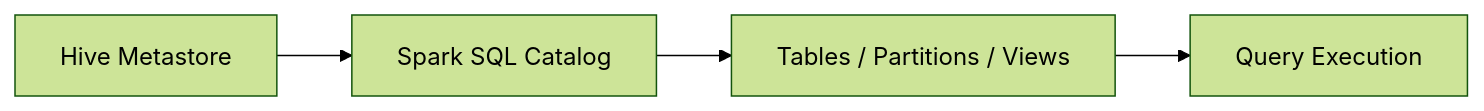
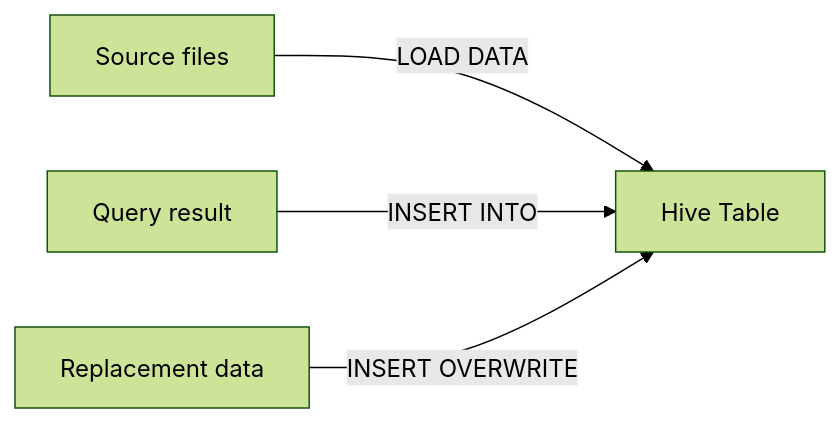
The diagram in spark-sql/docs/data-sources/hive/table/loading.md (mahfooziiitian/spark-batch), drawn with Mermaid (forest theme) before and after one commit. The commit also changed other lines of this file and 9 other files, not shown here.

First line of the commit message:
docs(data-sources): expand thin Hive integration pages

````diff
--- a/spark-sql/docs/data-sources/hive/table/loading.md
+++ b/spark-sql/docs/data-sources/hive/table/loading.md
@@ -7,6 +9,6 @@
 ```mermaid
 graph LR
-    A["Hive Metastore"] --> B["Spark SQL Catalog"]
-    B --> C["Tables / Partitions / Views"]
-    C --> D["Query Execution"]
+    A["Source files"] -->|LOAD DATA| T["Hive Table"]
+    B["Query result"] -->|INSERT INTO| T
+    C["Replacement data"] -->|INSERT OVERWRITE| T
 ```
````
